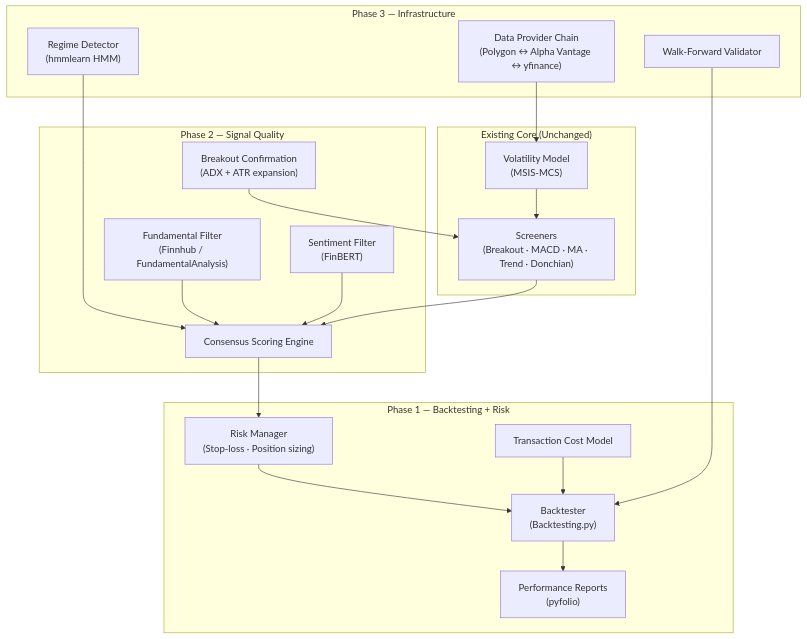
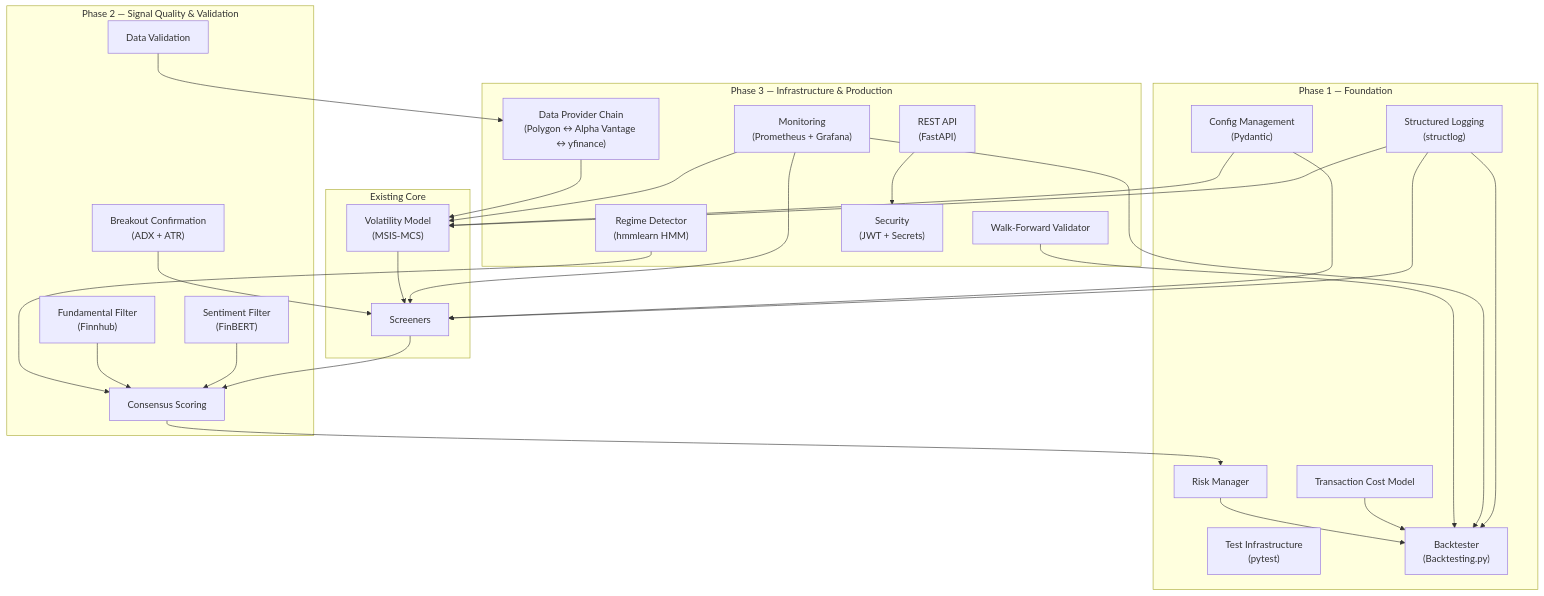
One commit to Ajith-82/project_alpha changed the first of 2 diagrams in docs/implementation_roadmap.md. Above: the diagram before and after it, drawn with Mermaid. The commit also changed other lines of this file, not shown here.

First line of the commit message:
docs: unify implementation roadmap with production readiness gaps

````diff
--- a/docs/implementation_roadmap.md
+++ b/docs/implementation_roadmap.md
@@ -11,40 +28,45 @@
 ```mermaid
 graph TB
-    subgraph "Phase 3 — Infrastructure"
+    subgraph "Phase 3 — Infrastructure & Production"
         DP["Data Provider Chain<br/>(Polygon ↔ Alpha Vantage ↔ yfinance)"]
         RD["Regime Detector<br/>(hmmlearn HMM)"]
         WF["Walk-Forward Validator"]
+        MON["Monitoring<br/>(Prometheus + Grafana)"]
+        API["REST API<br/>(FastAPI)"]
+        SEC["Security<br/>(JWT + Secrets)"]
     end
 
-    subgraph "Phase 2 — Signal Quality"
-        FA["Fundamental Filter<br/>(Finnhub / FundamentalAnalysis)"]
+    subgraph "Phase 2 — Signal Quality & Validation"
+        FA["Fundamental Filter<br/>(Finnhub)"]
         SA["Sentiment Filter<br/>(FinBERT)"]
-        BC["Breakout Confirmation<br/>(ADX + ATR expansion)"]
-        CS["Consensus Scoring Engine"]
+        BC["Breakout Confirmation<br/>(ADX + ATR)"]
+        CS["Consensus Scoring"]
+        DV["Data Validation"]
     end
 
-    subgraph "Existing Core (Unchanged)"
-        VM["Volatility Model<br/>(MSIS-MCS)"]
-        SC["Screeners<br/>(Breakout · MACD · MA · Trend · Donchian)"]
+    subgraph "Phase 1 — Foundation"
+        CFG["Config Management<br/>(Pydantic)"]
+        LOG["Structured Logging<br/>(structlog)"]
+        TST["Test Infrastructure<br/>(pytest)"]
+        RM["Risk Manager"]
+        BT["Backtester<br/>(Backtesting.py)"]
+        TC["Transaction Cost Model"]
     end
 
-    subgraph "Phase 1 — Backtesting + Risk"
-        RM["Risk Manager<br/>(Stop-loss · Position sizing)"]
-        BT["Backtester<br/>(Backtesting.py)"]
-        TC["Transaction Cost Model"]
-        PR["Performance Reports<br/>(pyfolio)"]
+    subgraph "Existing Core"
+        VM["Volatility Model<br/>(MSIS-MCS)"]
+        SC["Screeners"]
     end
 
-    DP --> VM
+    API --> SEC
+    DP --> VM --> SC
+    DV --> DP
     RD --> CS
-    VM --> SC
-    FA --> CS
-    SA --> CS
-    BC --> SC
-    SC --> CS
-    CS --> RM
-    RM --> BT
+    FA & SA --> CS
+    BC --> SC --> CS --> RM --> BT
     TC --> BT
-    BT --> PR
     WF --> BT
+    MON --> BT & SC & VM
+    CFG --> VM & SC
+    LOG --> SC & VM & BT
 ```
````
